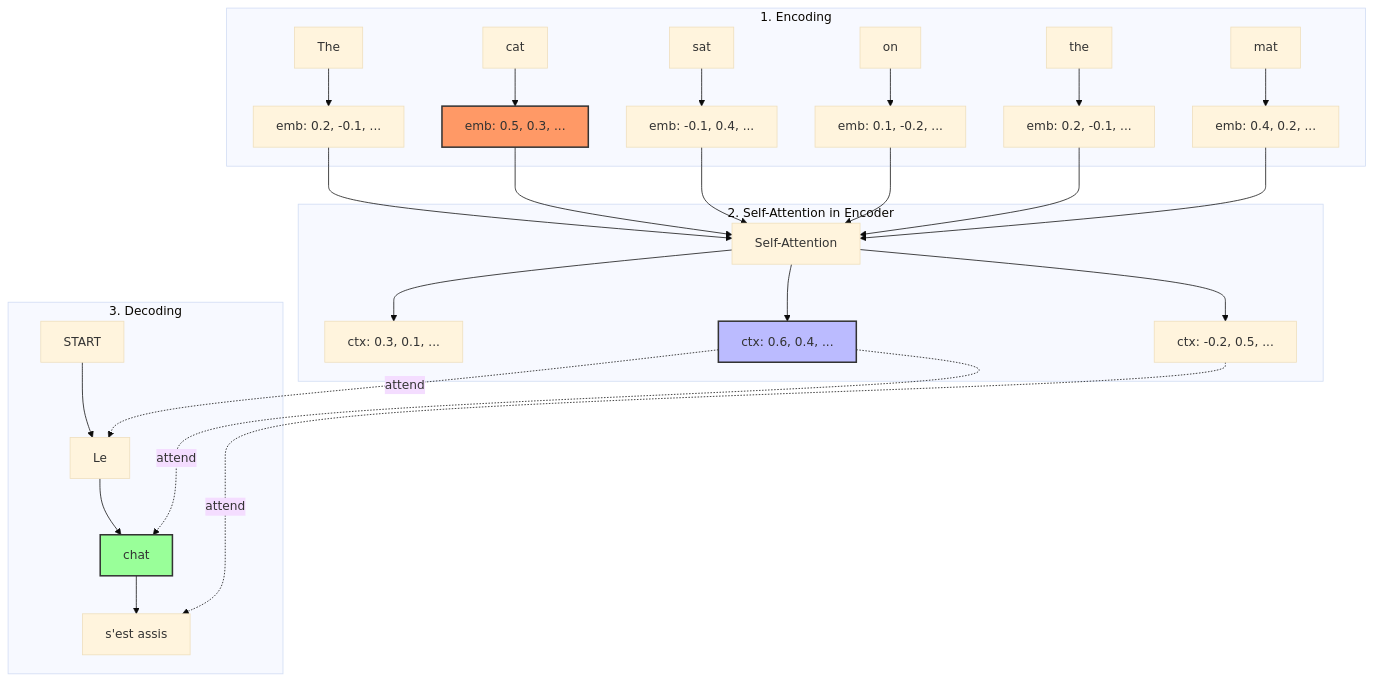
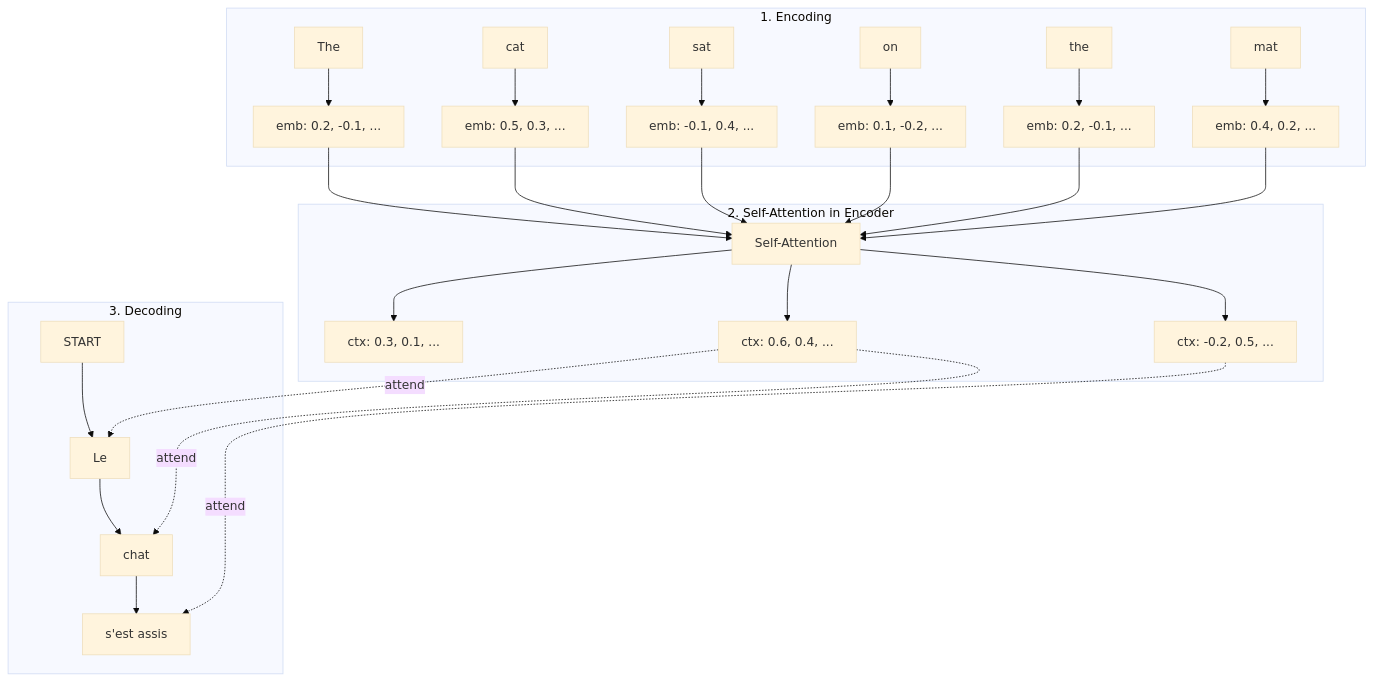
Before and after one commit to Shaddix/mostlylucidweb: diagram 13 of 15 in Mostlylucid/Markdown/how-neural-machine-translation-works.md, drawn with Mermaid (base theme). The commit also changed other lines of this file and 7 other files, not shown here.

````diff
--- a/Mostlylucid/Markdown/how-neural-machine-translation-works.md
+++ b/Mostlylucid/Markdown/how-neural-machine-translation-works.md
@@ -762,33 +754,31 @@
 ```mermaid
 graph TD
     subgraph "1. Encoding"
         A1[The] --> E1[emb: 0.2, -0.1, ...]
         A2[cat] --> E2[emb: 0.5, 0.3, ...]
         A3[sat] --> E3[emb: -0.1, 0.4, ...]
         A4[on] --> E4[emb: 0.1, -0.2, ...]
         A5[the] --> E5[emb: 0.2, -0.1, ...]
         A6[mat] --> E6[emb: 0.4, 0.2, ...]
     end
 
     subgraph "2. Self-Attention in Encoder"
         E1 & E2 & E3 & E4 & E5 & E6 --> SA[Self-Attention]
         SA --> C1[ctx: 0.3, 0.1, ...]
         SA --> C2[ctx: 0.6, 0.4, ...]
         SA --> C3[ctx: -0.2, 0.5, ...]
     end
 
     subgraph "3. Decoding"
         D1[START] --> G1[Le]
         C2 -.attend.-> G1
 
         G1 --> G2[chat]
         C2 -.attend.-> G2
 
         G2 --> G3[s'est assis]
         C3 -.attend.-> G3
     end
 
-    style E2 fill:#f96,stroke:#333,stroke-width:2px
-    style C2 fill:#bbf,stroke:#333,stroke-width:2px
-    style G2 fill:#9f9,stroke:#333,stroke-width:2px
+
 ```
````
